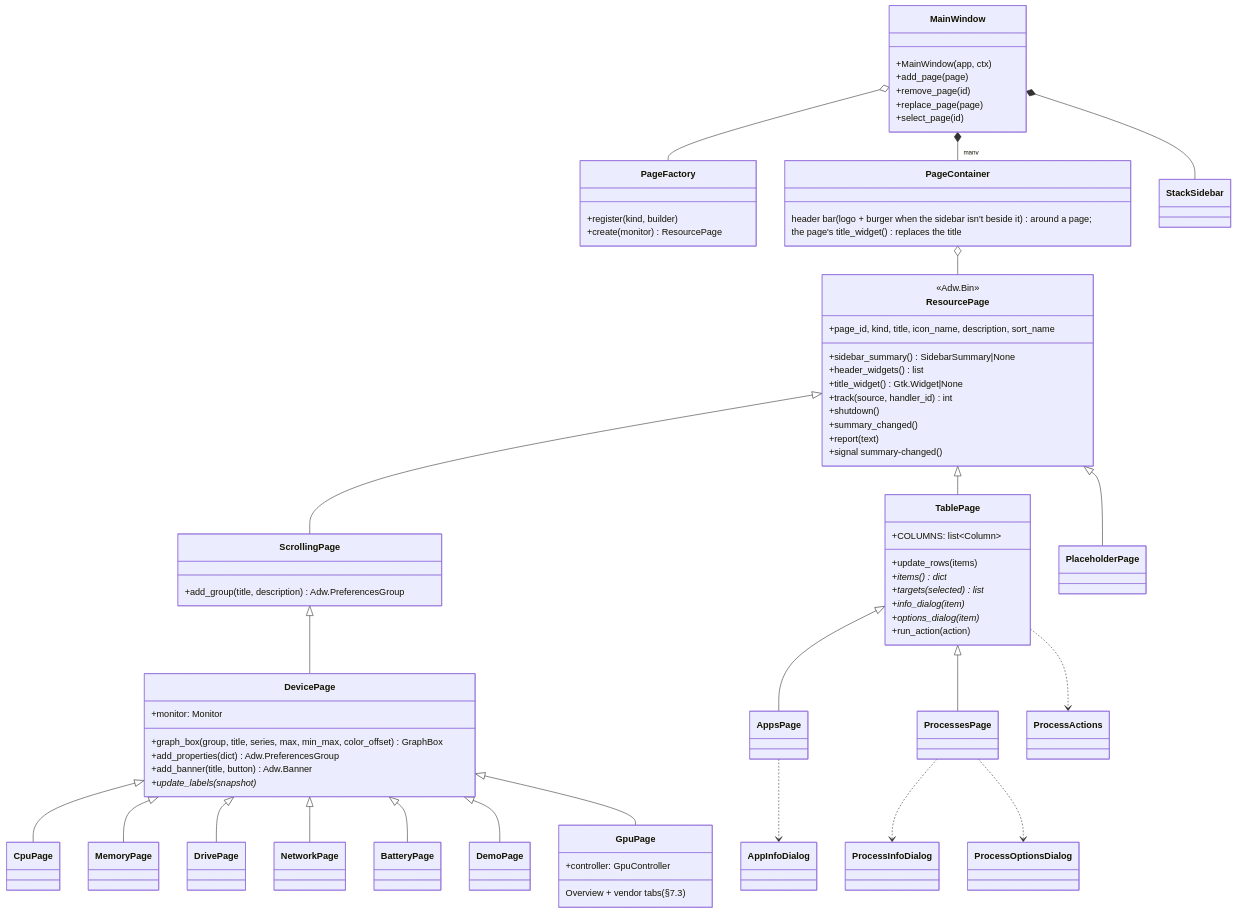
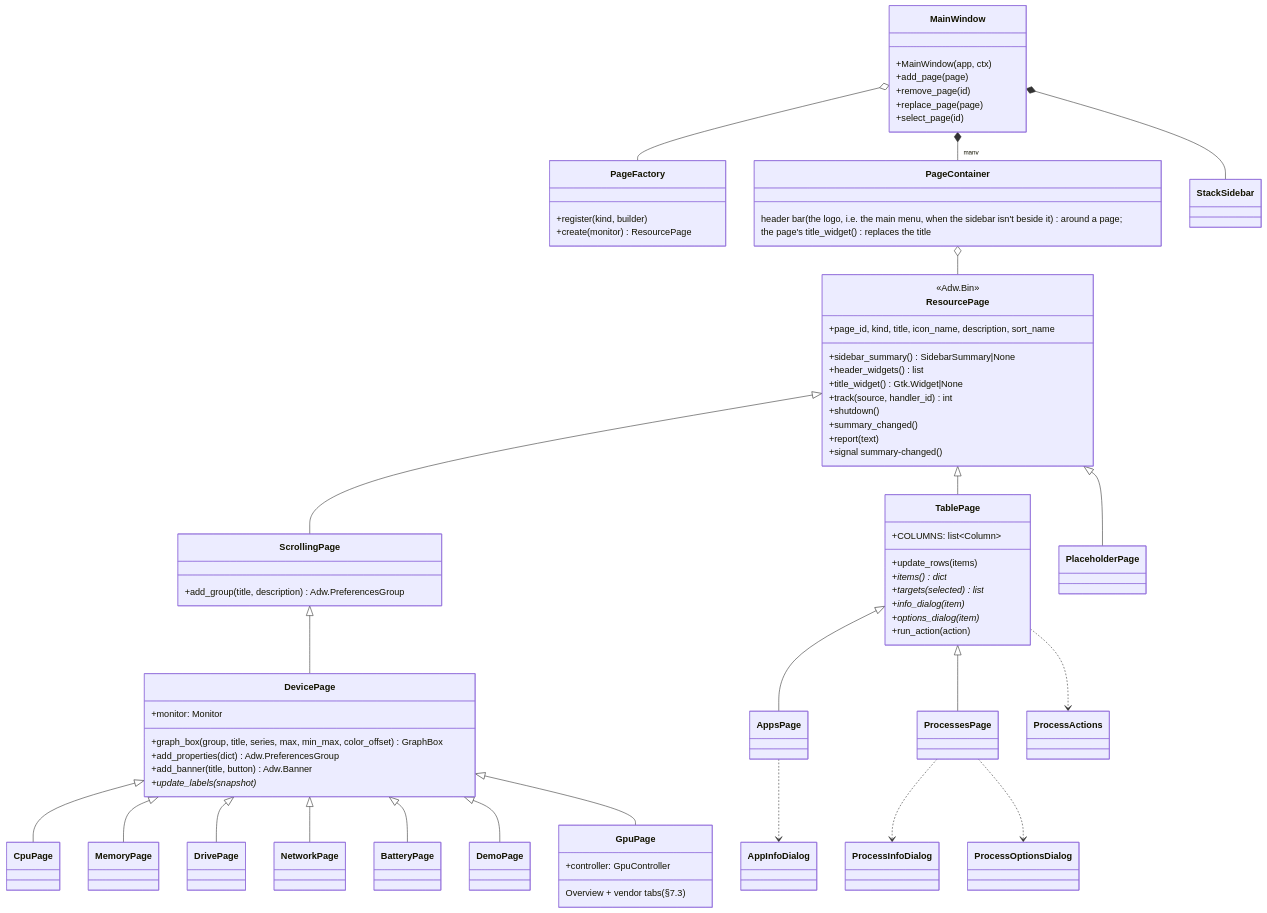
One commit to mamadingleberry/proccoli changed diagram 12 of 42 in docs/DESIGN.md. Above: the diagram before and after it, drawn with Mermaid. The commit also changed other lines of this file and 98 other files, not shown here.

````diff
--- a/docs/DESIGN.md
+++ b/docs/DESIGN.md
@@ -1073,75 +1086,75 @@
 ```mermaid
 classDiagram
     direction TB
     class ResourcePage {
         <<Adw.Bin>>
         +page_id, kind, title, icon_name, description, sort_name
         +sidebar_summary() SidebarSummary|None
         +header_widgets() list
         +title_widget() Gtk.Widget|None
         +track(source, handler_id) int
         +shutdown()
         +summary_changed()
         +report(text)
         +signal summary-changed()
     }
     class ScrollingPage {
         +add_group(title, description) Adw.PreferencesGroup
     }
     class DevicePage {
         +monitor: Monitor
         +graph_box(group, title, series, max, min_max, color_offset) GraphBox
         +add_properties(dict) Adw.PreferencesGroup
         +add_banner(title, button) Adw.Banner
         +update_labels(snapshot)*
     }
     class GpuPage {
         +controller: GpuController
         Overview + vendor tabs (§7.3)
     }
     class TablePage {
         +COLUMNS: list~Column~
         +update_rows(items)
         +items()* dict
         +targets(selected)* list
         +info_dialog(item)*
         +options_dialog(item)*
         +run_action(action)
     }
     class PageFactory {
         +register(kind, builder)
         +create(monitor) ResourcePage
     }
     class PageContainer {
-        header bar (logo + burger when the sidebar isn't beside it) around a page;
+        header bar (the logo, i.e. the main menu, when the sidebar isn't beside it) around a page;
         the page's title_widget() replaces the title
     }
     class MainWindow {
         +MainWindow(app, ctx)
         +add_page(page)
         +remove_page(id)
         +replace_page(page)
         +select_page(id)
     }
     ResourcePage <|-- ScrollingPage
     ResourcePage <|-- TablePage
     ResourcePage <|-- PlaceholderPage
     ScrollingPage <|-- DevicePage
     DevicePage <|-- CpuPage
     DevicePage <|-- MemoryPage
     DevicePage <|-- DrivePage
     DevicePage <|-- NetworkPage
     DevicePage <|-- BatteryPage
     DevicePage <|-- DemoPage
     DevicePage <|-- GpuPage
     TablePage <|-- AppsPage
     TablePage <|-- ProcessesPage
     MainWindow *-- StackSidebar
     MainWindow *-- "many" PageContainer
     MainWindow o-- PageFactory
     PageContainer o-- ResourcePage
     TablePage ..> ProcessActions
     ProcessesPage ..> ProcessInfoDialog
     ProcessesPage ..> ProcessOptionsDialog
     AppsPage ..> AppInfoDialog
 ```
````
